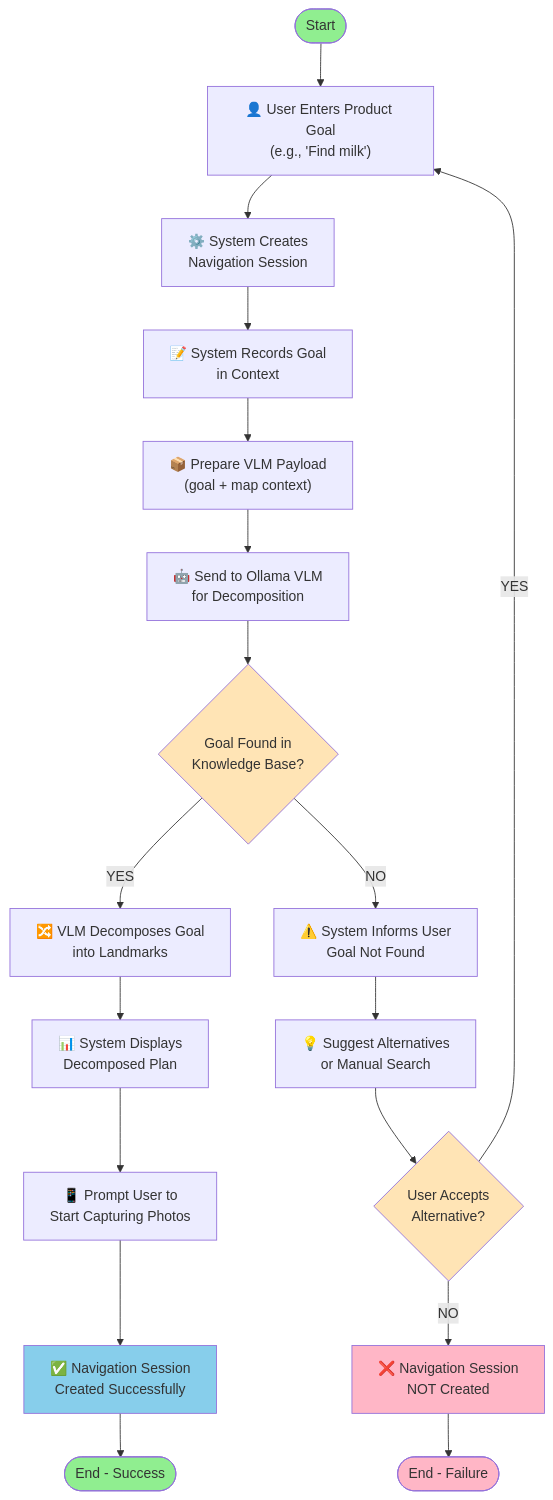
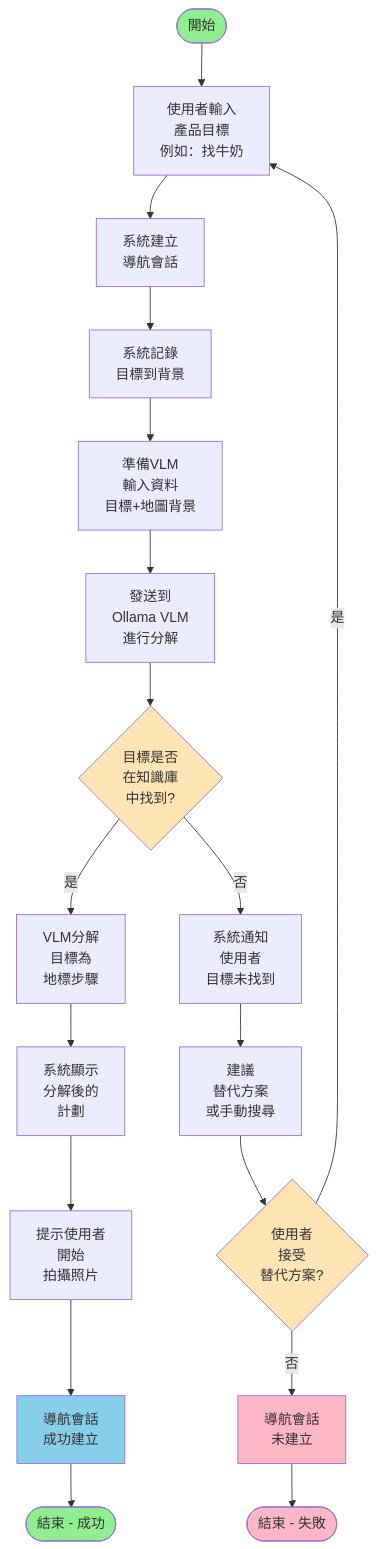
The first of 6 diagrams in README.md (B1229013/OOSD), drawn with Mermaid before and after one commit. The commit also changed other lines of this file, not shown here.

````diff
--- a/README.md
+++ b/README.md
@@ -29,32 +29,32 @@
 ```mermaid
 graph TD
-    Start([Start]) --> UserInput["👤 User Enters Product Goal<br/>(e.g., 'Find milk')"]
-    UserInput --> CreateSession["⚙️ System Creates<br/>Navigation Session"]
-    CreateSession --> RecordGoal["📝 System Records Goal<br/>in Context"]
-    RecordGoal --> PrepPayload["📦 Prepare VLM Payload<br/>(goal + map context)"]
-    PrepPayload --> CallVLM["🤖 Send to Ollama VLM<br/>for Decomposition"]
+    Start([開始]) --> UserInput["使用者輸入<br/>產品目標<br/>例如：找牛奶"]
+    UserInput --> CreateSession["系統建立<br/>導航會話"]
+    CreateSession --> RecordGoal["系統記錄<br/>目標到背景"]
+    RecordGoal --> PrepPayload["準備VLM<br/>輸入資料<br/>目標+地圖背景"]
+    PrepPayload --> CallVLM["發送到<br/>Ollama VLM<br/>進行分解"]
     
-    CallVLM --> DecisionFound{Goal Found in<br/>Knowledge Base?}
+    CallVLM --> DecisionFound{目標是否<br/>在知識庫<br/>中找到?}
     
-    DecisionFound -->|YES| DecomposeGoal["🔀 VLM Decomposes Goal<br/>into Landmarks"]
-    DecomposeGoal --> DisplayPlan["📊 System Displays<br/>Decomposed Plan"]
-    DisplayPlan --> PromptPhotos["📱 Prompt User to<br/>Start Capturing Photos"]
-    PromptPhotos --> SessionCreated["✅ Navigation Session<br/>Created Successfully"]
-    SessionCreated --> EndSuccess([End - Success])
+    DecisionFound -->|是| DecomposeGoal["VLM分解<br/>目標為<br/>地標步驟"]
+    DecomposeGoal --> DisplayPlan["系統顯示<br/>分解後的<br/>計劃"]
+    DisplayPlan --> PromptPhotos["提示使用者<br/>開始<br/>拍攝照片"]
+    PromptPhotos --> SessionCreated["導航會話<br/>成功建立"]
+    SessionCreated --> EndSuccess([結束 - 成功])
     
-    DecisionFound -->|NO| InformUser["⚠️ System Informs User<br/>Goal Not Found"]
-    InformUser --> SuggestAlternatives["💡 Suggest Alternatives<br/>or Manual Search"]
-    SuggestAlternatives --> DecisionAccept{User Accepts<br/>Alternative?}
+    DecisionFound -->|否| InformUser["系統通知<br/>使用者<br/>目標未找到"]
+    InformUser --> SuggestAlternatives["建議<br/>替代方案<br/>或手動搜尋"]
+    SuggestAlternatives --> DecisionAccept{使用者<br/>接受<br/>替代方案?}
     
-    DecisionAccept -->|YES| UserInput
-    DecisionAccept -->|NO| SessionFail["❌ Navigation Session<br/>NOT Created"]
-    SessionFail --> EndFail([End - Failure])
+    DecisionAccept -->|是| UserInput
+    DecisionAccept -->|否| SessionFail["導航會話<br/>未建立"]
+    SessionFail --> EndFail([結束 - 失敗])
     
     style Start fill:#90EE90
     style EndSuccess fill:#90EE90
     style EndFail fill:#FFB6C6
     style DecisionFound fill:#FFE4B5
     style DecisionAccept fill:#FFE4B5
     style SessionCreated fill:#87CEEB
     style SessionFail fill:#FFB6C6
 ```
````
